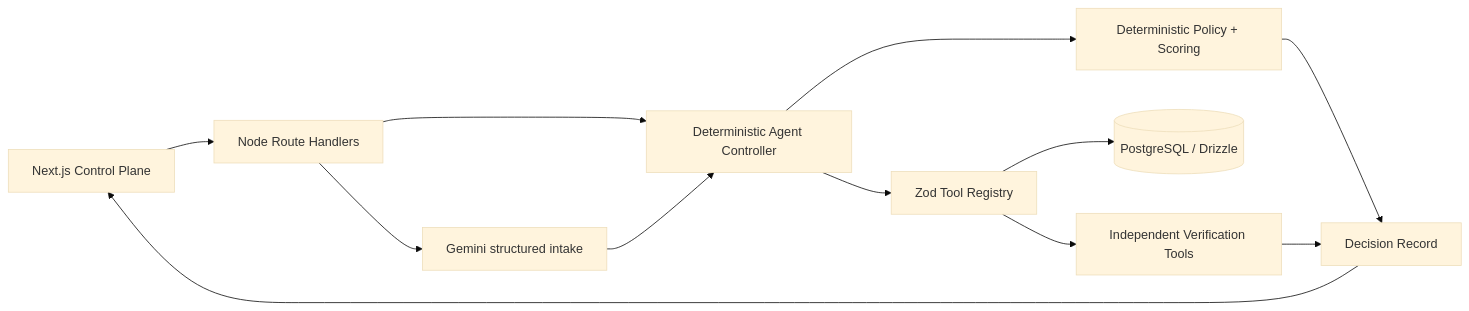
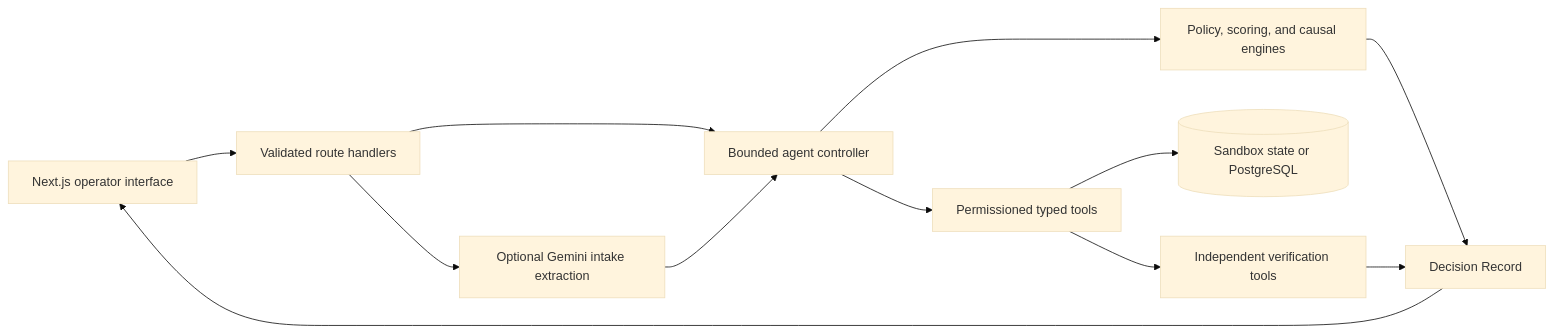
The diagram in README.md (Arawal123/resolvex-agentic-commerce), drawn with Mermaid (base theme) before and after one commit. The commit also changed other lines of this file, not shown here.

````diff
--- a/README.md
+++ b/README.md
@@ -32,14 +213,14 @@
 ```mermaid
 flowchart LR
-  UI[Next.js Control Plane] --> API[Node Route Handlers]
-  API --> G[Gemini structured intake]
-  API --> C[Deterministic Agent Controller]
-  G --> C
-  C --> P[Deterministic Policy + Scoring]
-  C --> T[Zod Tool Registry]
-  T --> DB[(PostgreSQL / Drizzle)]
-  T --> V[Independent Verification Tools]
-  P --> D[Decision Record]
+  UI[Next.js operator interface] --> API[Validated route handlers]
+  API --> I[Optional Gemini intake extraction]
+  API --> C[Bounded agent controller]
+  I --> C
+  C --> E[Policy, scoring, and causal engines]
+  C --> T[Permissioned typed tools]
+  T --> S[(Sandbox state or PostgreSQL)]
+  T --> V[Independent verification tools]
+  E --> D[Decision Record]
   V --> D
   D --> UI
 ```
````
